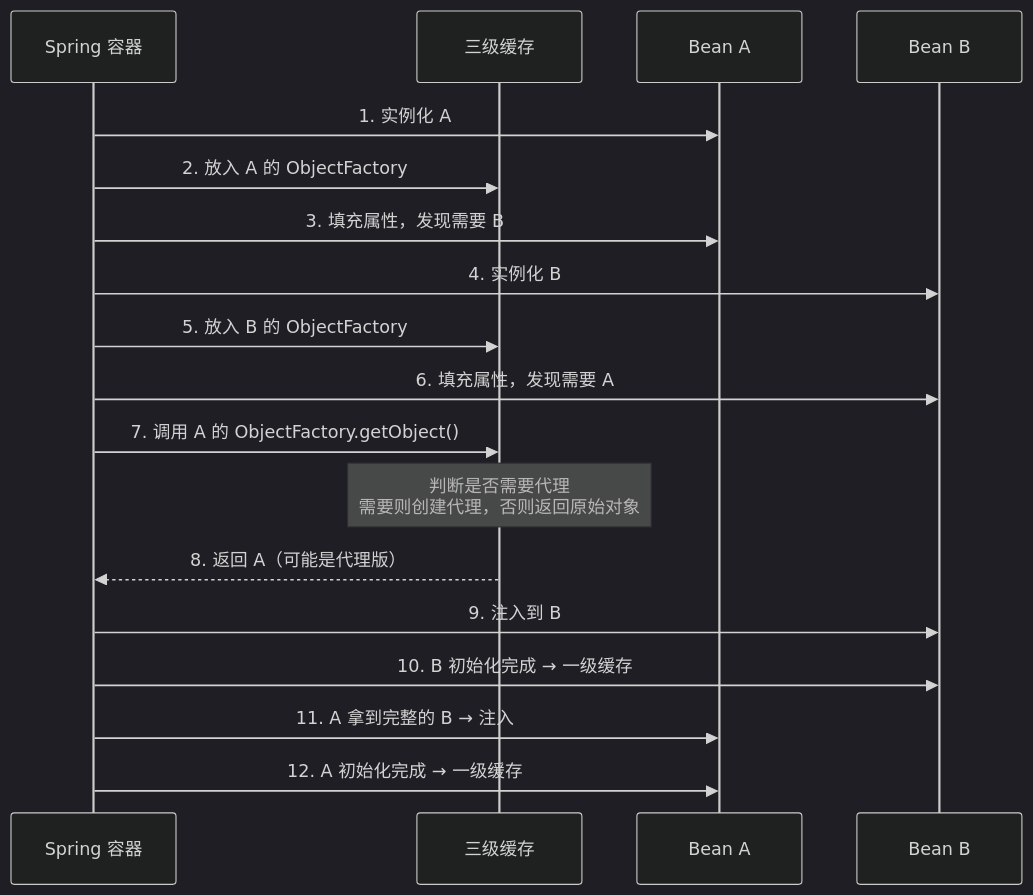
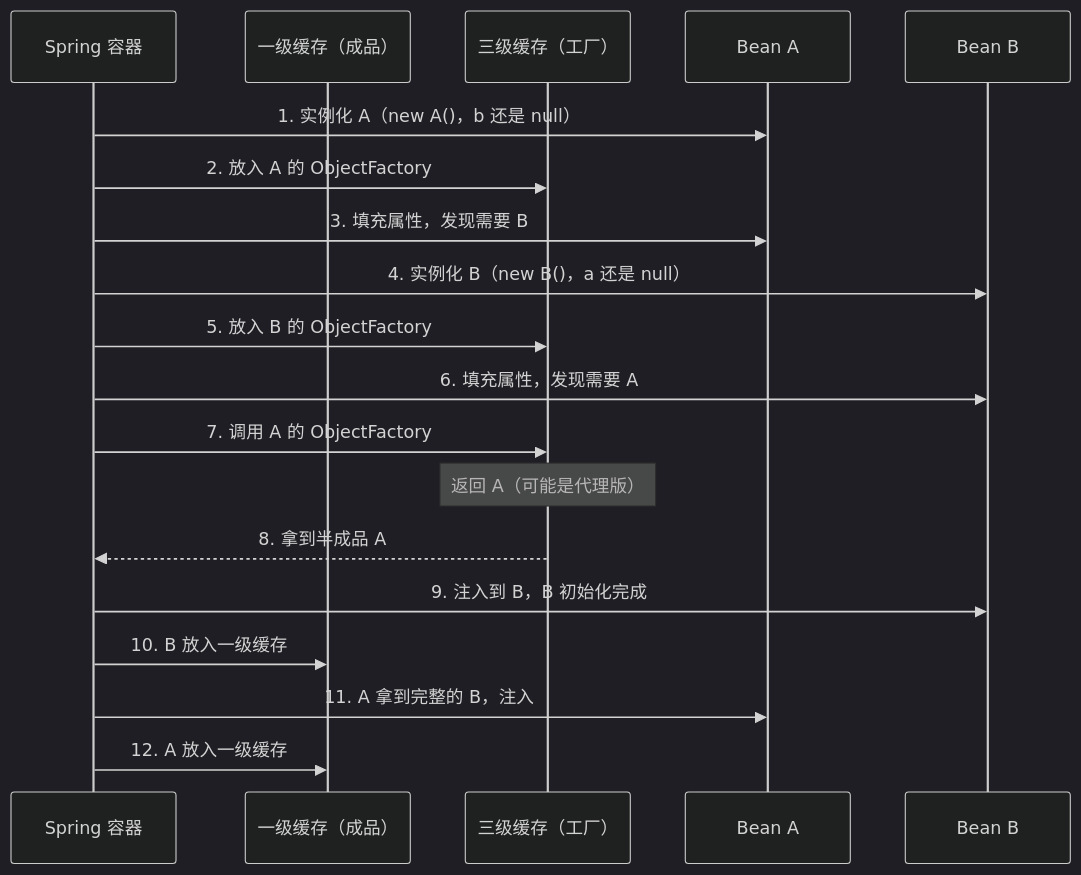
Before and after one commit to b1tzer/spring-world: the third of 3 diagrams in docs/01-spring-core/chapter-01-ioc-di.md, drawn with Mermaid (dark theme). The commit also changed other lines of this file and 3 other files, not shown here.

````diff
--- a/docs/01-spring-core/chapter-01-ioc-di.md
+++ b/docs/01-spring-core/chapter-01-ioc-di.md
@@ -487,21 +289,22 @@
 ```mermaid
 sequenceDiagram
     participant C as Spring 容器
-    participant F as 三级缓存
+    participant L1 as 一级缓存（成品）
+    participant L3 as 三级缓存（工厂）
     participant A as Bean A
     participant B as Bean B
 
-    C->>A: 1. 实例化 A
-    C->>F: 2. 放入 A 的 ObjectFactory
+    C->>A: 1. 实例化 A（new A()，b 还是 null）
+    C->>L3: 2. 放入 A 的 ObjectFactory
     C->>A: 3. 填充属性，发现需要 B
-    C->>B: 4. 实例化 B
-    C->>F: 5. 放入 B 的 ObjectFactory
+    C->>B: 4. 实例化 B（new B()，a 还是 null）
+    C->>L3: 5. 放入 B 的 ObjectFactory
     C->>B: 6. 填充属性，发现需要 A
-    C->>F: 7. 调用 A 的 ObjectFactory.getObject()
-    Note over F: 判断是否需要代理<br/>需要则创建代理，否则返回原始对象
-    F-->>C: 8. 返回 A（可能是代理版）
-    C->>B: 9. 注入到 B
-    C->>B: 10. B 初始化完成 → 一级缓存
-    C->>A: 11. A 拿到完整的 B → 注入
-    C->>A: 12. A 初始化完成 → 一级缓存
+    C->>L3: 7. 调用 A 的 ObjectFactory
+    Note over L3: 返回 A（可能是代理版）
+    L3-->>C: 8. 拿到半成品 A
+    C->>B: 9. 注入到 B，B 初始化完成
+    C->>L1: 10. B 放入一级缓存
+    C->>A: 11. A 拿到完整的 B，注入
+    C->>L1: 12. A 放入一级缓存
 ```
````
